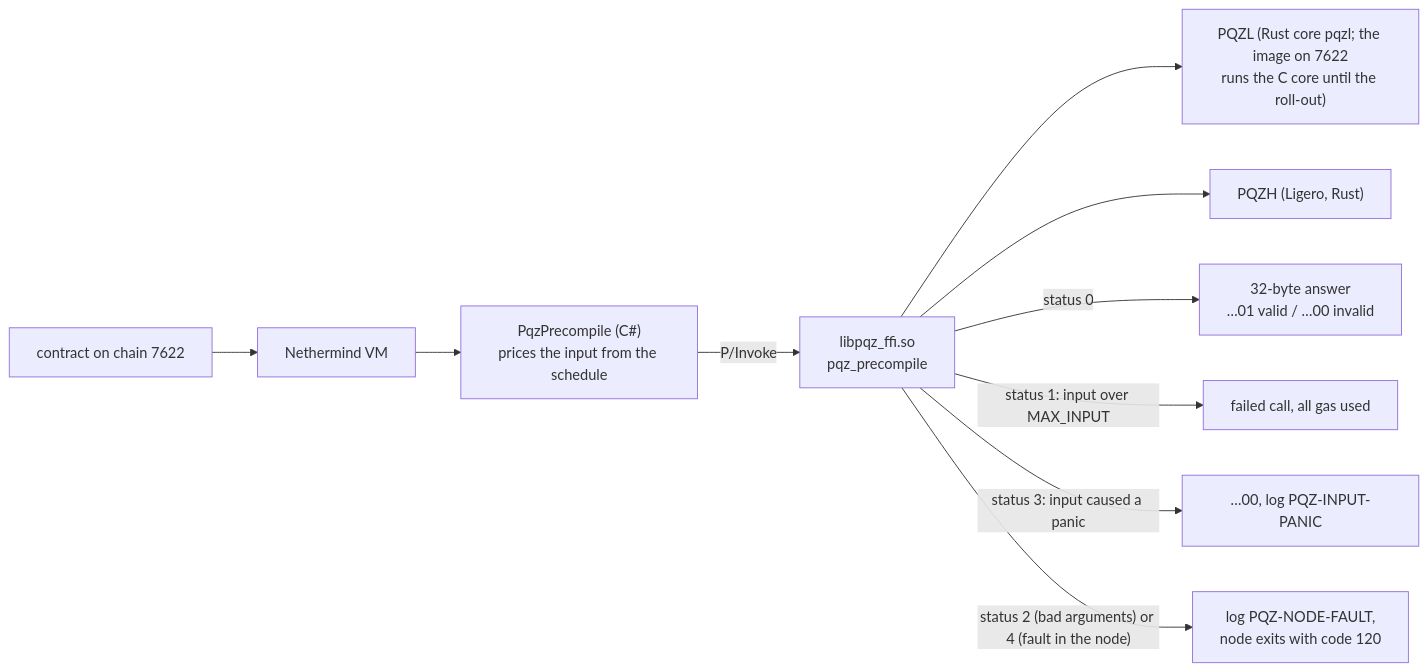
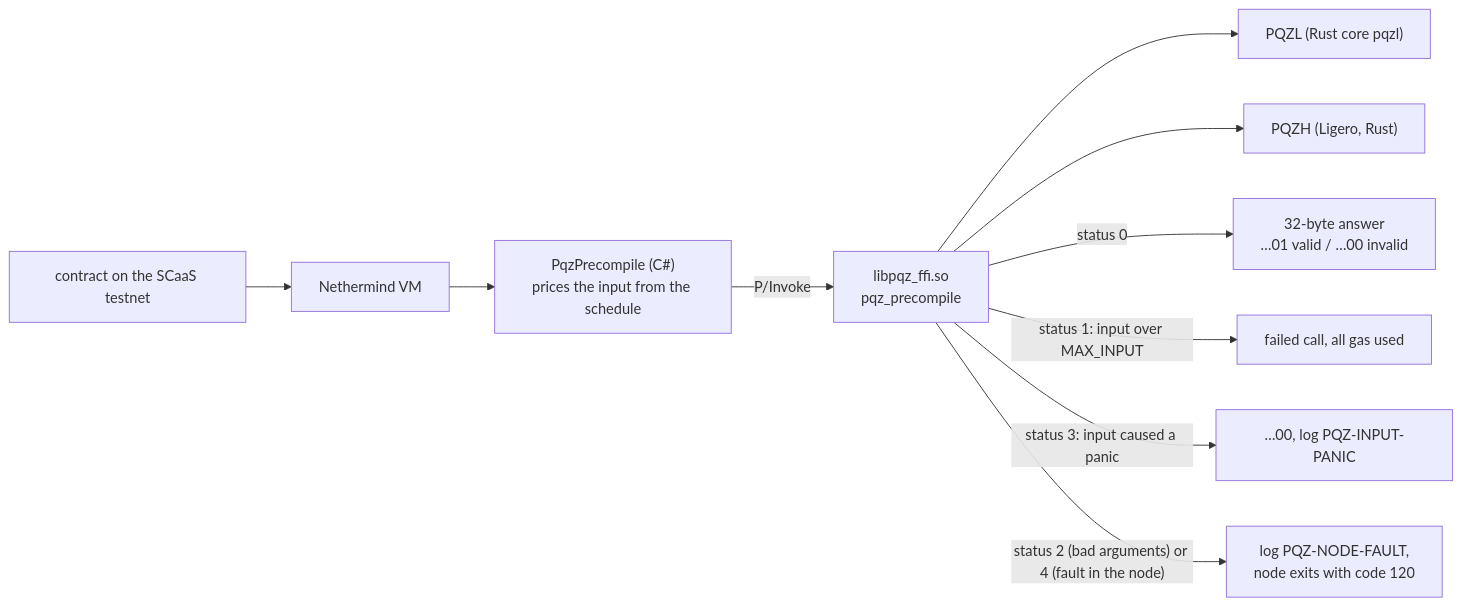
One commit to dinhduongha/scaas changed the first of 2 diagrams in pqz-core/nethermind/README.md. Above: the diagram before and after it, drawn with Mermaid. The commit also changed other lines of this file and 8 other files, not shown here.

First line of the commit message:
SCaaS testnet on Nethermind 2.2.0 + Amsterdam: reset, probe, e2e, docs, gas impact

````diff
--- a/pqz-core/nethermind/README.md
+++ b/pqz-core/nethermind/README.md
@@ -48,12 +55,12 @@
 ```mermaid
 flowchart LR
-  C["contract on chain 7622"] --> VM["Nethermind VM"]
+  C["contract on the SCaaS testnet"] --> VM["Nethermind VM"]
   VM --> PQ["PqzPrecompile (C#)<br/>prices the input from the schedule"]
   PQ -->|"P/Invoke"| FFI["libpqz_ffi.so<br/>pqz_precompile"]
-  FFI --> L["PQZL (Rust core pqzl; the image on 7622<br/>runs the C core until the roll-out)"]
+  FFI --> L["PQZL (Rust core pqzl)"]
   FFI --> H["PQZH (Ligero, Rust)"]
   FFI -->|"status 0"| O["32-byte answer<br/>…01 valid / …00 invalid"]
   FFI -->|"status 1: input over MAX_INPUT"| F["failed call, all gas used"]
   FFI -->|"status 3: input caused a panic"| W["…00, log PQZ-INPUT-PANIC"]
   FFI -->|"status 2 (bad arguments) or 4 (fault in the node)"| X["log PQZ-NODE-FAULT,<br/>node exits with code 120"]
 ```
````
